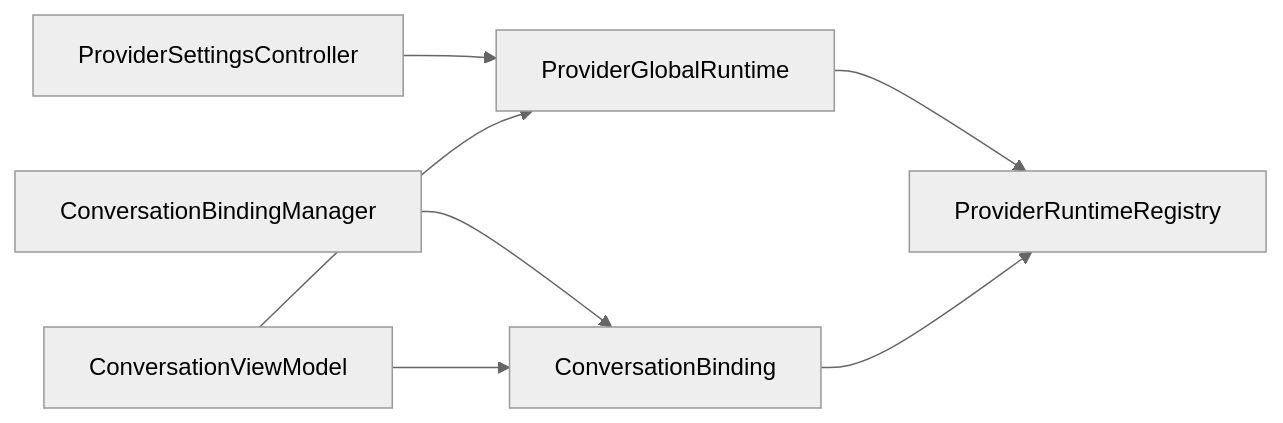
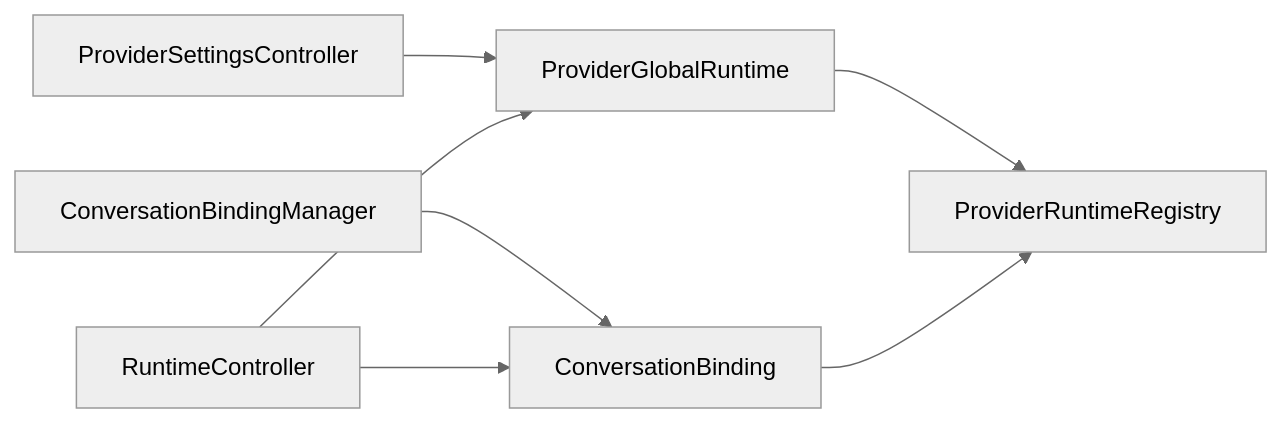
The fifth of 6 diagrams in docs/zh/architecture/overview.md (linpeilie/zeta), drawn with Mermaid (neutral theme) before and after one commit. The commit also changed other lines of this file and 12 other files, not shown here.

Commit message:
docs(agent): 同步会话切片两跳链路与 RuntimeController 归属

````diff
--- a/docs/zh/architecture/overview.md
+++ b/docs/zh/architecture/overview.md
@@ -137,9 +159,9 @@
 ```mermaid
 flowchart LR
     Settings["ProviderSettingsController"] --> Global["ProviderGlobalRuntime"]
     Global --> Registry["ProviderRuntimeRegistry"]
     Manager["ConversationBindingManager"] --> Binding["ConversationBinding"]
     Binding --> Registry
-    VM["ConversationViewModel"] --> Global
-    VM --> Binding
+    RT["RuntimeController"] --> Global
+    RT --> Binding
 ```
````
